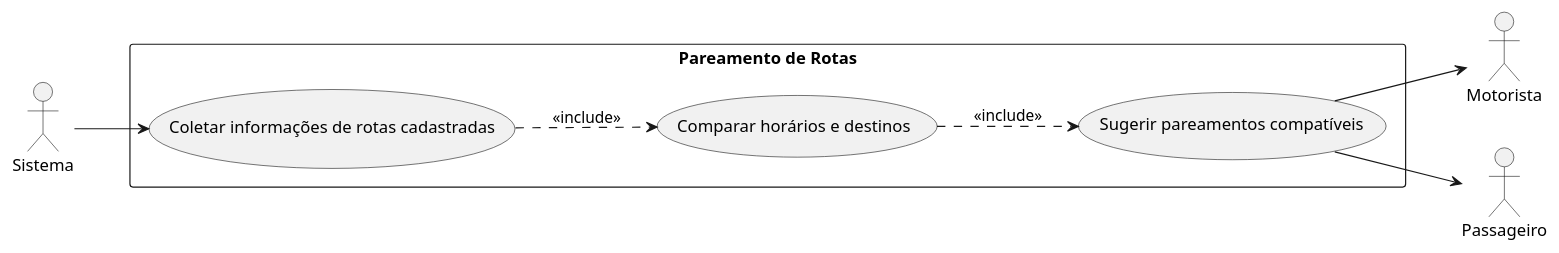
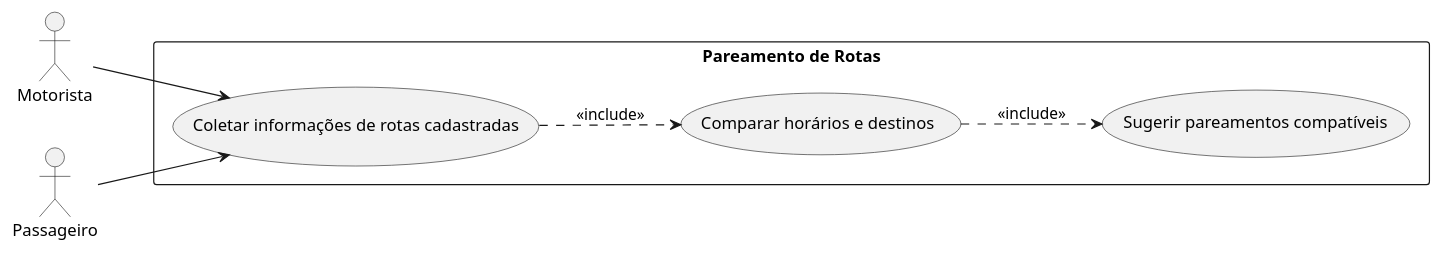
One commit to AnaBeatrizA-Silva/CaronaCorporativa_EngSof changed the diagram in estudoDeCasos/pareamentoRotas.puml. Above: the diagram before and after it, drawn with PlantUML. The commit also changed 7 other files, not shown here.

```diff
--- a/estudoDeCasos/pareamentoRotas.puml
+++ b/estudoDeCasos/pareamentoRotas.puml
@@ -1,21 +1,19 @@
 @startuml Pareamento de Rotas
 
 left to right direction
 
-actor Sistema
 actor Motorista
 actor Passageiro
 
 rectangle "Pareamento de Rotas" {
     usecase "Coletar informações de rotas cadastradas" as pareRotas_ColetInfo
     usecase "Comparar horários e destinos" as pareRotas_CompHorDest
     usecase "Sugerir pareamentos compatíveis" as pareRotas_SugPare
 }
 
-Sistema --> pareRotas_ColetInfo
+Motorista --> pareRotas_ColetInfo
+Passageiro --> pareRotas_ColetInfo
 pareRotas_ColetInfo ..> pareRotas_CompHorDest: <<include>>
 pareRotas_CompHorDest ..> pareRotas_SugPare: <<include>>
-pareRotas_SugPare --> Motorista
-pareRotas_SugPare --> Passageiro
 
 @enduml
```
